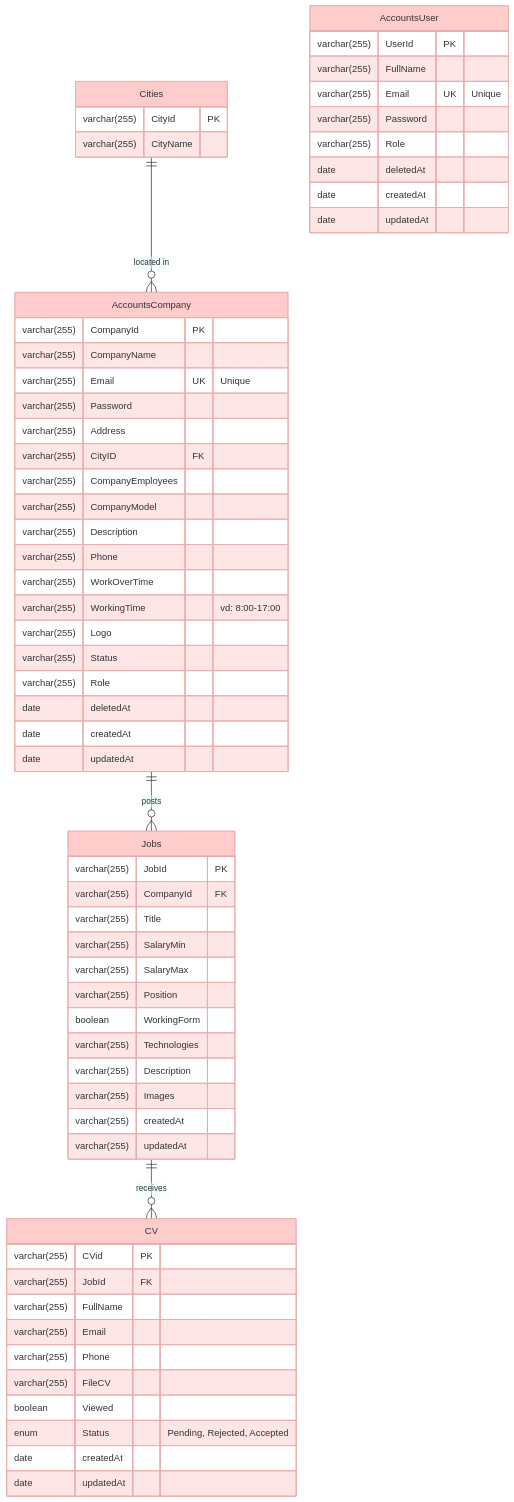
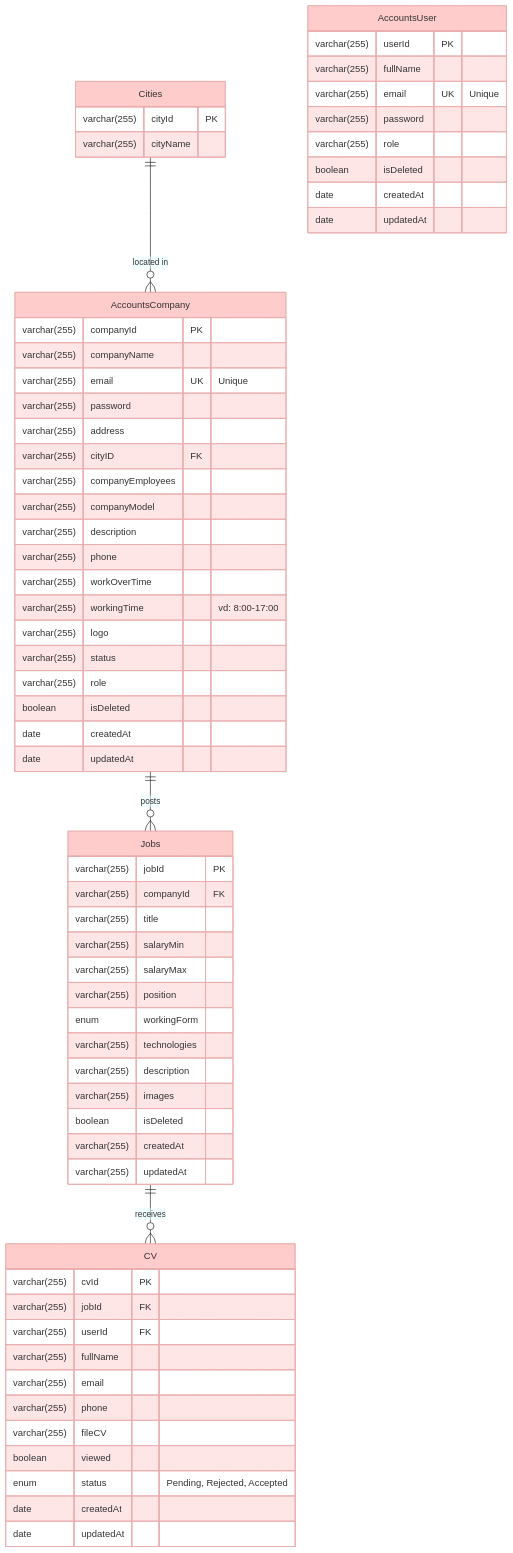
One commit to ngokwuan/TechJob_BE changed the diagram in docs/db-des/erd.md. Above: the diagram before and after it, drawn with Mermaid. The commit also changed 9 other files, not shown here.

````diff
--- a/docs/db-des/erd.md
+++ b/docs/db-des/erd.md
@@ -1,73 +1,75 @@
 ```mermaid
 %%{init: {'theme':'base', 'themeVariables': { 'primaryColor':'#ffcccc'}, 'er': {'layoutDirection': 'LR'}}}%%
 erDiagram
     Cities ||--o{ AccountsCompany : "located in"
     AccountsCompany ||--o{ Jobs : "posts"
     Jobs ||--o{ CV : "receives"
 
     AccountsCompany {
-        varchar(255) CompanyId PK
-        varchar(255) CompanyName
-        varchar(255) Email UK "Unique"
-        varchar(255) Password
-        varchar(255) Address
-        varchar(255) CityID FK
-        varchar(255) CompanyEmployees
-        varchar(255) CompanyModel
-        varchar(255) Description
-        varchar(255) Phone
-        varchar(255) WorkOverTime
-        varchar(255) WorkingTime "vd: 8:00-17:00"
-        varchar(255) Logo
-        varchar(255) Status
-        varchar(255) Role
-        date deletedAt
+        varchar(255) companyId PK
+        varchar(255) companyName
+        varchar(255) email UK "Unique"
+        varchar(255) password
+        varchar(255) address
+        varchar(255) cityID FK
+        varchar(255) companyEmployees
+        varchar(255) companyModel
+        varchar(255) description
+        varchar(255) phone
+        varchar(255) workOverTime
+        varchar(255) workingTime "vd: 8:00-17:00"
+        varchar(255) logo
+        varchar(255) status
+        varchar(255) role
+        boolean isDeleted
         date createdAt
         date updatedAt
     }
 
     AccountsUser {
-        varchar(255) UserId PK
-        varchar(255) FullName
-        varchar(255) Email UK "Unique"
-        varchar(255) Password
-        varchar(255) Role
-        date deletedAt
+        varchar(255) userId PK
+        varchar(255) fullName
+        varchar(255) email UK "Unique"
+        varchar(255) password
+        varchar(255) role
+        boolean isDeleted
         date createdAt
         date updatedAt
     }
 
     Cities {
-        varchar(255) CityId PK
-        varchar(255) CityName
+        varchar(255) cityId PK
+        varchar(255) cityName
     }
 
     Jobs {
-        varchar(255) JobId PK
-        varchar(255) CompanyId FK
-        varchar(255) Title
-        varchar(255) SalaryMin
-        varchar(255) SalaryMax
-        varchar(255) Position
-        boolean WorkingForm
-        varchar(255) Technologies
-        varchar(255) Description
-        varchar(255) Images
+        varchar(255) jobId PK
+        varchar(255) companyId FK
+        varchar(255) title
+        varchar(255) salaryMin
+        varchar(255) salaryMax
+        varchar(255) position
+        enum workingForm
+        varchar(255) technologies
+        varchar(255) description
+        varchar(255) images
+        boolean isDeleted
         varchar(255) createdAt
         varchar(255) updatedAt
     }
 
     CV {
-        varchar(255) CVid PK
-        varchar(255) JobId FK
-        varchar(255) FullName
-        varchar(255) Email
-        varchar(255) Phone
-        varchar(255) FileCV
-        boolean Viewed
-        enum Status "Pending, Rejected, Accepted"
+        varchar(255) cvId PK
+        varchar(255) jobId FK
+        varchar(255) userId FK
+        varchar(255) fullName
+        varchar(255) email
+        varchar(255) phone
+        varchar(255) fileCV
+        boolean viewed
+        enum status "Pending, Rejected, Accepted"
         date createdAt
         date updatedAt
     }
 
 ```
````
